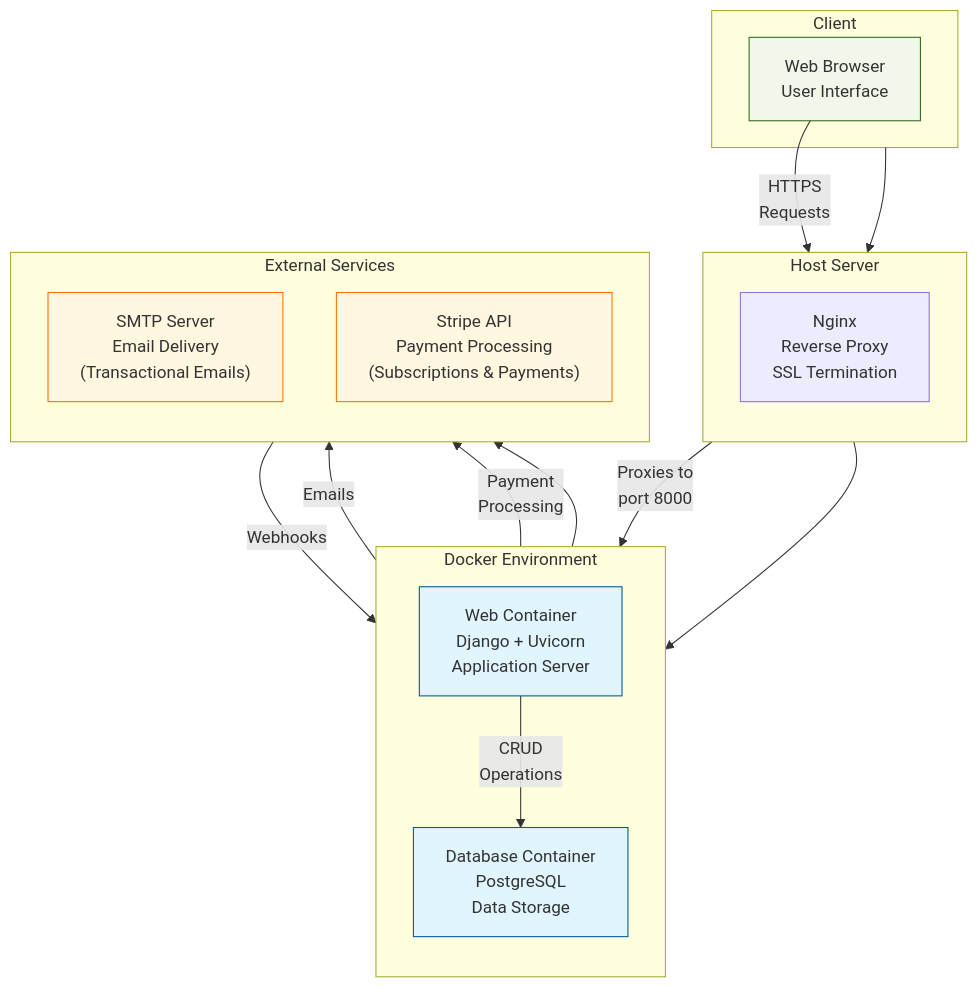
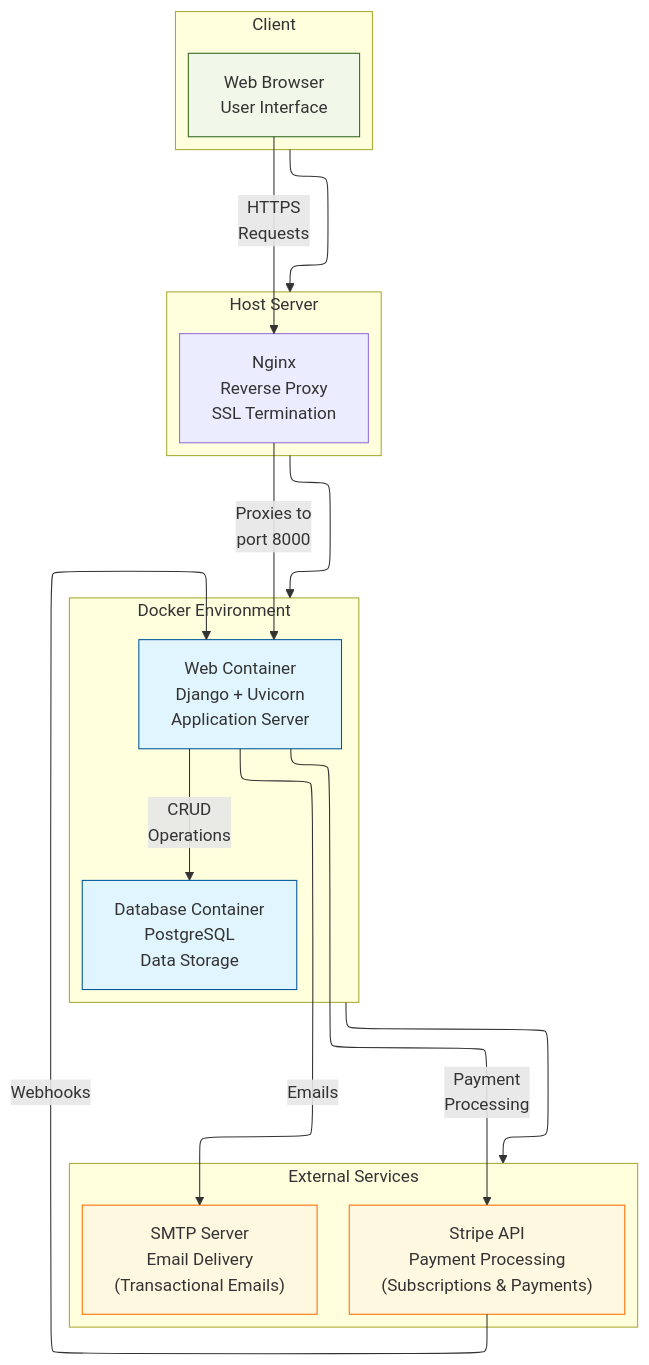
The fourth of 7 diagrams in TECHNICAL_DOCS.md (Experto-AI/quickscale), drawn with Mermaid before and after one commit. The commit also changed other lines of this file and 1 other file, not shown here.

Commit message:
Updated mermaid diagrams for better visualization

````diff
--- a/TECHNICAL_DOCS.md
+++ b/TECHNICAL_DOCS.md
@@ -239,50 +220,42 @@
 ```mermaid
+---
+config:
+  layout: elk
+---
 flowchart TD
-    %% Vertical client layer
-    subgraph Client["Client"]
-        browser["Web Browser<br/>User Interface"]
-    end
-    
-    %% Host server components in vertical layout
-    subgraph Host["Host Server"]
-        direction TB
-        nginx["Nginx<br/>Reverse Proxy<br/>SSL Termination"]
-    end
-    
-    %% Docker environment in vertical layout
-    subgraph Docker["Docker Environment"]
-        direction TB
-        web["Web Container<br/>Django + Uvicorn<br/>Application Server"]
-        db["Database Container<br/>PostgreSQL<br/>Data Storage"]
-        
-        web -- "CRUD<br/>Operations" --> db
-    end
-    
-    %% External services in vertical layout
-    subgraph External["External Services"]
-        direction TB
-        smtp["SMTP Server<br/>Email Delivery<br/>(Transactional Emails)"]
-        stripe["Stripe API<br/>Payment Processing<br/>(Subscriptions & Payments)"]
-    end
-    
-    %% Vertical arrangement of main components
+ subgraph Client["Client"]
+        browser["Web Browser<br>User Interface"]
+  end
+ subgraph Host["Host Server"]
+    direction TB
+        nginx["Nginx<br>Reverse Proxy<br>SSL Termination"]
+  end
+ subgraph Docker["Docker Environment"]
+    direction TB
+        web["Web Container<br>Django + Uvicorn<br>Application Server"]
+        db["Database Container<br>PostgreSQL<br>Data Storage"]
+  end
+ subgraph External["External Services"]
+    direction TB
+        smtp["SMTP Server<br>Email Delivery<br>(Transactional Emails)"]
+        stripe["Stripe API<br>Payment Processing<br>(Subscriptions &amp; Payments)"]
+  end
+    web -- CRUD<br>Operations --> db
     Client --> Host
     Host --> Docker
     Docker --> External
-    
-    %% Request flow connections
-    browser -- "HTTPS<br/>Requests" --> nginx
-    nginx -- "Proxies to<br/>port 8000" --> web
-    web -- "Emails" --> smtp
-    web -- "Payment<br/>Processing" --> stripe
-    stripe -- "Webhooks" --> web
-    
-    %% Styling to make blocks more readable
-    classDef container fill:#e1f5fe,stroke:#01579b,stroke-width:1px;
-    classDef external fill:#fff8e1,stroke:#ff6f00,stroke-width:1px;
-    classDef client fill:#f1f8e9,stroke:#33691e,stroke-width:1px;
-    
-    class web,db container;
-    class smtp,stripe external;
-    class browser client;
+    browser -- HTTPS<br>Requests --> nginx
+    nginx -- Proxies to<br>port 8000 --> web
+    web -- Emails --> smtp
+    web -- Payment<br>Processing --> stripe
+    stripe -- Webhooks --> web
+     browser:::client
+     web:::container
+     db:::container
+     smtp:::external
+     stripe:::external
+    classDef container fill:#e1f5fe,stroke:#01579b,stroke-width:1px
+    classDef external fill:#fff8e1,stroke:#ff6f00,stroke-width:1px
+    classDef client fill:#f1f8e9,stroke:#33691e,stroke-width:1px
+
 ```
````
